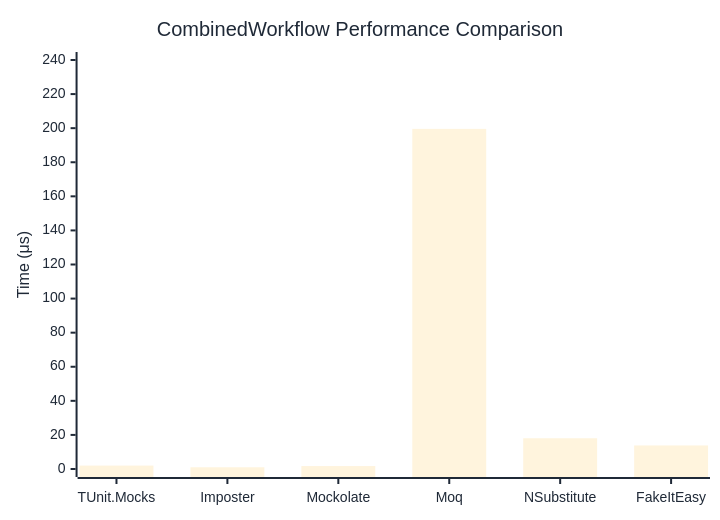
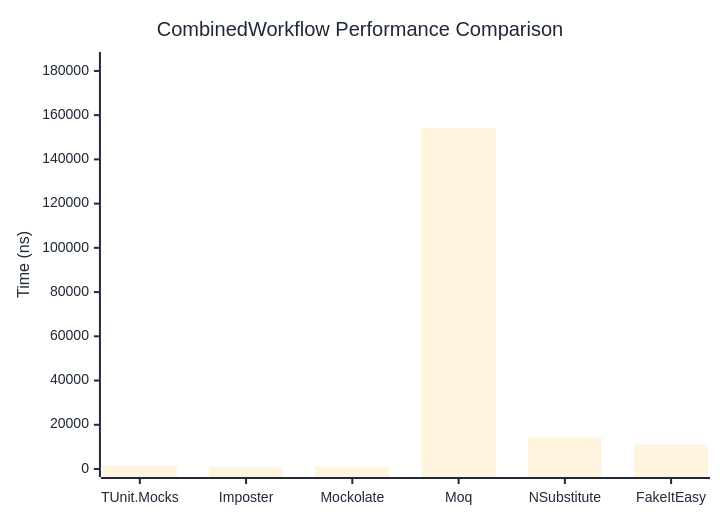
One commit to thomhurst/TUnit changed the diagram in docs/docs/benchmarks/mocks/CombinedWorkflow.md. Above: the diagram before and after it, drawn with Mermaid. The commit also changed other lines of this file and 14 other files, not shown here.

````diff
--- a/docs/docs/benchmarks/mocks/CombinedWorkflow.md
+++ b/docs/docs/benchmarks/mocks/CombinedWorkflow.md
@@ -30,27 +30,27 @@
 ```mermaid
 %%{init: {
   'theme':'base',
   'themeVariables': {
     'primaryColor': '#2563eb',
     'primaryTextColor': '#1f2937',
     'primaryBorderColor': '#1e40af',
     'lineColor': '#6b7280',
     'secondaryColor': '#7c3aed',
     'tertiaryColor': '#dc2626',
     'background': '#ffffff',
     'pie1': '#2563eb',
     'pie2': '#7c3aed',
     'pie3': '#dc2626',
     'pie4': '#f59e0b',
     'pie5': '#10b981',
     'pie6': '#06b6d4',
     'pie7': '#ec4899',
     'pie8': '#6366f1'
   }
 }}%%
 xychart-beta
   title "CombinedWorkflow Performance Comparison"
   x-axis ["TUnit.Mocks", "Imposter", "Mockolate", "Moq", "NSubstitute", "FakeItEasy"]
-  y-axis "Time (μs)" 0 --> 240
-  bar [2.007, 1.01, 1.723, 199.584, 18.042, 13.812]
+  y-axis "Time (ns)" 0 --> 184943
+  bar [1478.3, 771.7, 970.1, 154118.8, 14180.8, 11047.7]
 ```
````
